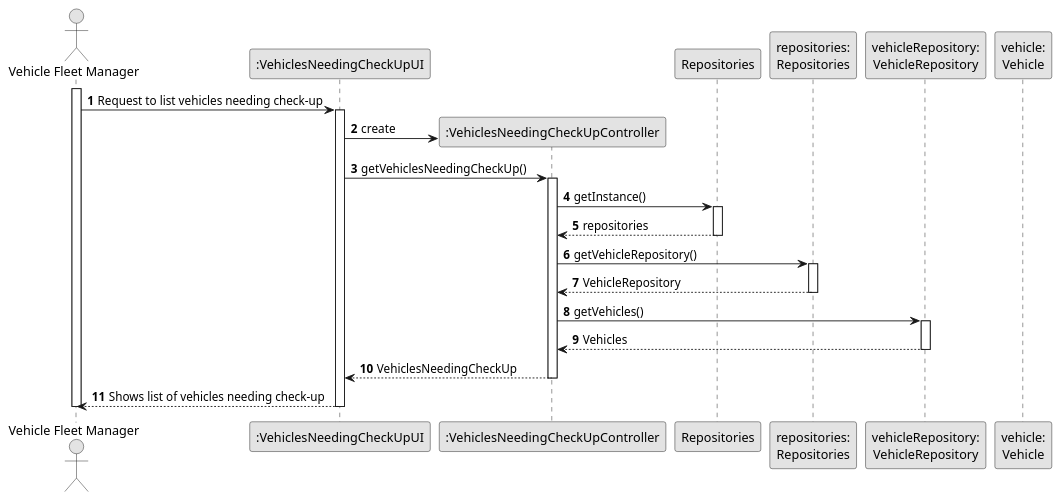
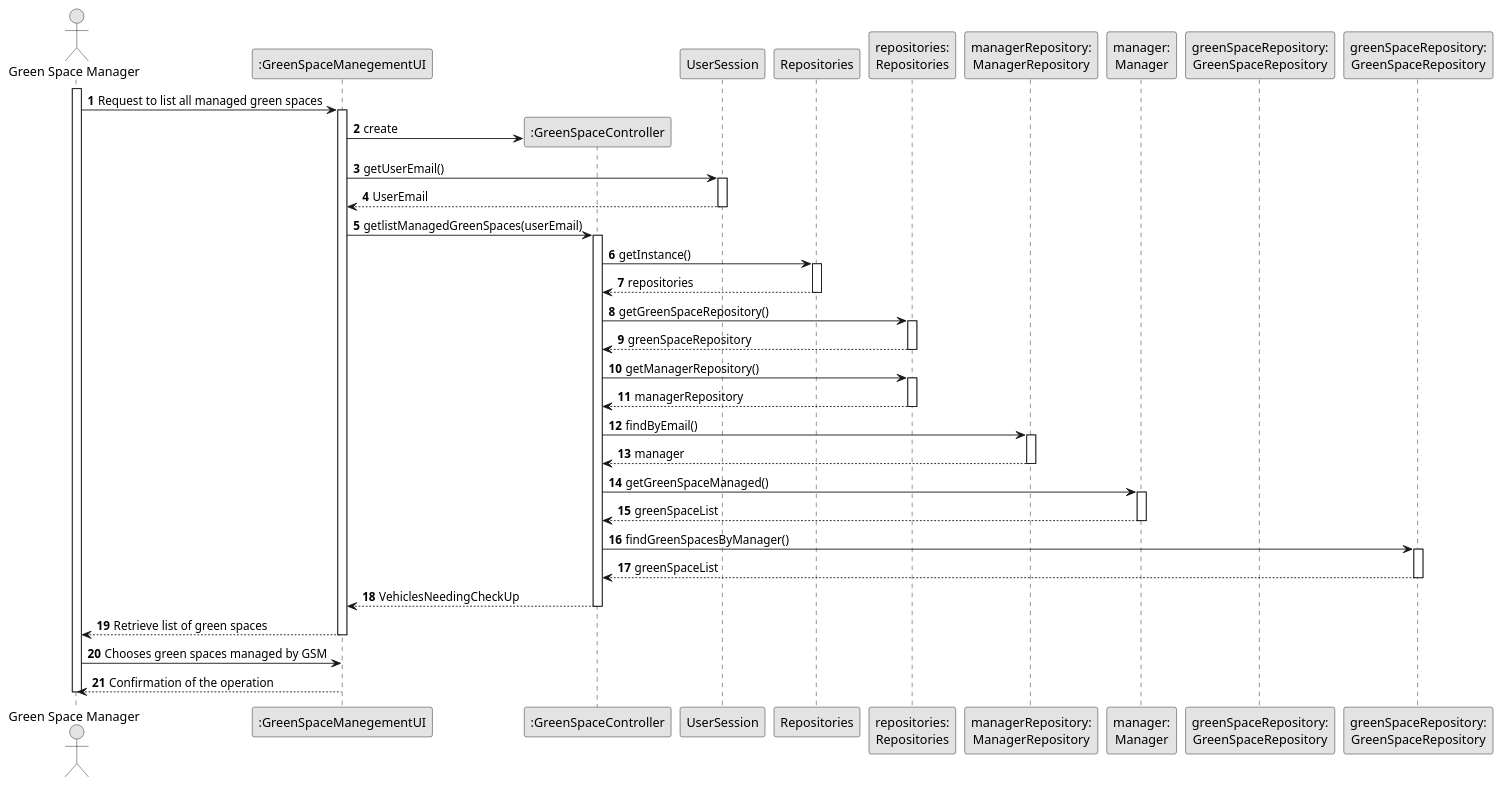
One commit to Departamento-de-Engenharia-Informatica/lei-24-s2-1df-1de-g063 changed the diagram in docs/SprintC/us27/03.design/puml/us027-sequence-diagram-full.puml. Above: the diagram before and after it, drawn with PlantUML.

Commit message:
sequence diagram us27

```diff
--- a/docs/SprintC/us27/03.design/puml/us027-sequence-diagram-full.puml
+++ b/docs/SprintC/us27/03.design/puml/us027-sequence-diagram-full.puml
@@ -1,57 +1,88 @@
 @startuml
 skinparam monochrome true
 skinparam packageStyle rectangle
 skinparam shadowing false
 
 autonumber
 
 'hide footbox
-actor "Vehicle Fleet Manager" as VFM
-participant ":VehiclesNeedingCheckUpUI" as UI
-participant ":VehiclesNeedingCheckUpController" as CTRL
+actor "Green Space Manager" as VFM
+participant ":GreenSpaceManegementUI" as UI
+participant ":GreenSpaceController" as CTRL
+participant "UserSession" as usersession
 participant "Repositories" as Rep
 participant "repositories:\nRepositories" as Repositories
-participant "vehicleRepository:\nVehicleRepository" as VehicleRepository
-participant "vehicle:\nVehicle" as Vehicle
+participant "managerRepository:\nManagerRepository" as VehicleRepository
+participant "manager:\nManager" as Vehicle
+participant "greenSpaceRepository:\nGreenSpaceRepository" as greenSpaceRepository
 
 activate VFM
 
-VFM -> UI : Request to list vehicles needing check-up
+VFM -> UI : Request to list all managed green spaces
 
     activate UI
 
         UI -> CTRL** : create
 
-        UI -> CTRL : getVehiclesNeedingCheckUp()
+        UI -> usersession : getUserEmail()
+               activate usersession
+
+        usersession --> UI : UserEmail
+        deactivate usersession
+
+
+        UI -> CTRL : getlistManagedGreenSpaces(userEmail)
         activate CTRL
 
             CTRL -> Rep : getInstance()
             activate Rep
 
                 Rep --> CTRL : repositories
             deactivate Rep
 
-            CTRL -> Repositories : getVehicleRepository()
+            CTRL -> Repositories : getGreenSpaceRepository()
             activate Repositories
 
-            Repositories --> CTRL : VehicleRepository
+            Repositories --> CTRL : greenSpaceRepository
             deactivate Repositories
 
 
-            CTRL -> VehicleRepository : getVehicles()
-            activate VehicleRepository
+            CTRL -> Repositories : getManagerRepository()
+            activate Repositories
 
-                VehicleRepository --> CTRL : Vehicles
-            deactivate VehicleRepository
+                Repositories --> CTRL : managerRepository
+            deactivate Repositories
+
+            CTRL -> VehicleRepository : findByEmail()
+                        activate VehicleRepository
+
+                            VehicleRepository --> CTRL : manager
+                        deactivate VehicleRepository
+
+            CTRL -> Vehicle : getGreenSpaceManaged()
+                                    activate Vehicle
+
+                                        Vehicle --> CTRL : greenSpaceList
+                                    deactivate Vehicle
+
+             CTRL -> "greenSpaceRepository:\nGreenSpaceRepository" : findGreenSpacesByManager()
+                                                activate "greenSpaceRepository:\nGreenSpaceRepository"
+
+                                                    "greenSpaceRepository:\nGreenSpaceRepository" --> CTRL : greenSpaceList
+                                                deactivate "greenSpaceRepository:\nGreenSpaceRepository"
+
+
 
 
             CTRL --> UI : VehiclesNeedingCheckUp
         deactivate CTRL
 
-        UI --> VFM : Shows list of vehicles needing check-up
+        UI --> VFM : Retrieve list of green spaces
 
     deactivate UI
+VFM -> UI : Chooses green spaces managed by GSM
+UI --> VFM : Confirmation of the operation
 
 deactivate VFM
 
 @enduml
```
